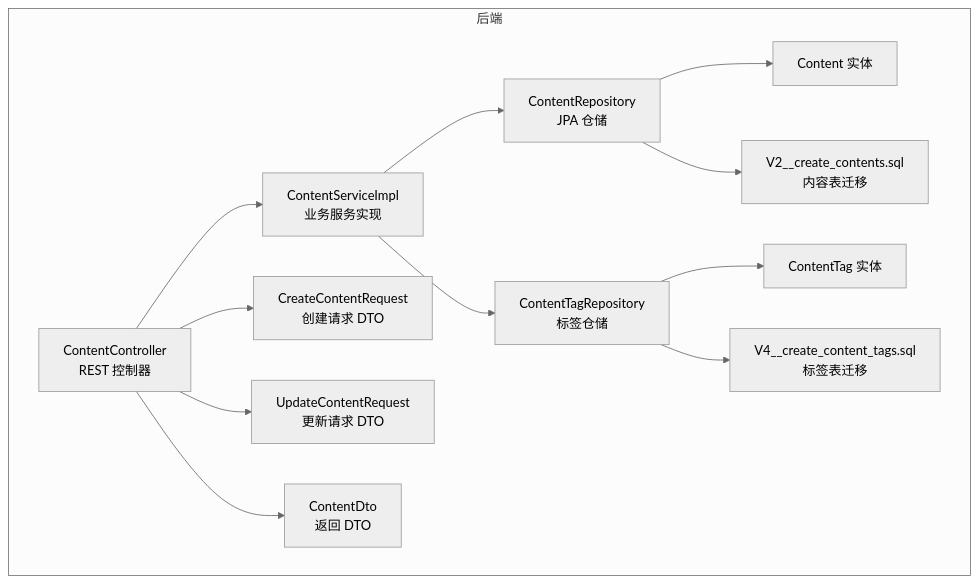
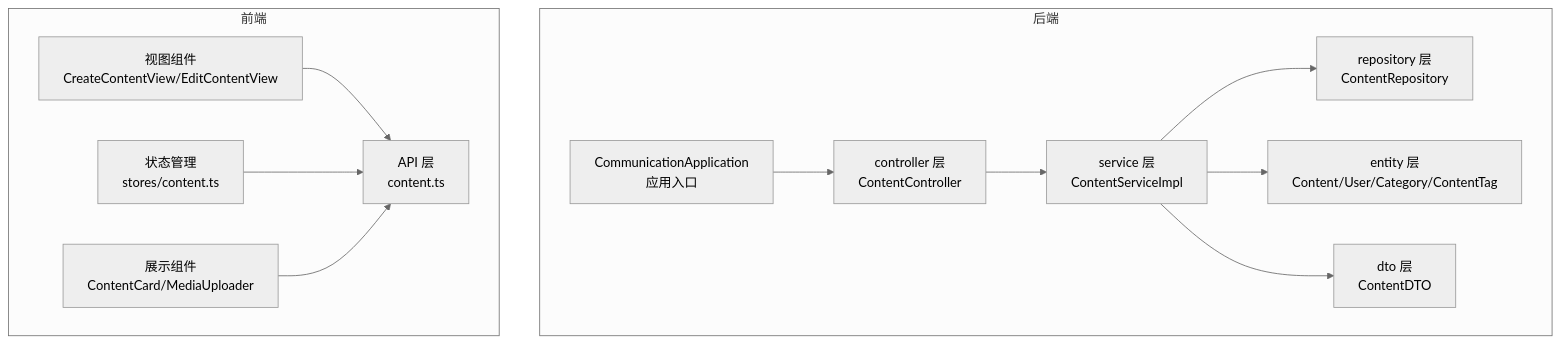
One commit to koala-xiong/communication-qoder changed the first of 11 diagrams in .qoder/repowiki/zh/content/内容管理系统/内容管理系统.md. Above: the diagram before and after it, drawn with Mermaid (neutral theme). The commit also changed other lines of this file and 73 other files, not shown here.

````diff
--- a/.qoder/repowiki/zh/content/内容管理系统/内容管理系统.md
+++ b/.qoder/repowiki/zh/content/内容管理系统/内容管理系统.md
@@ -49,26 +43,23 @@
 ```mermaid
 graph TB
 subgraph "后端"
-C["ContentController<br/>REST 控制器"]
-S["ContentServiceImpl<br/>业务服务实现"]
-R["ContentRepository<br/>JPA 仓储"]
-RT["ContentTagRepository<br/>标签仓储"]
-E1["Content 实体"]
-E2["ContentTag 实体"]
-DTO1["CreateContentRequest<br/>创建请求 DTO"]
-DTO2["UpdateContentRequest<br/>更新请求 DTO"]
-DTO3["ContentDto<br/>返回 DTO"]
-MIG1["V2__create_contents.sql<br/>内容表迁移"]
-MIG2["V4__create_content_tags.sql<br/>标签表迁移"]
+A["CommunicationApplication<br/>应用入口"]
+B["controller 层<br/>ContentController"]
+C["service 层<br/>ContentServiceImpl"]
+D["repository 层<br/>ContentRepository"]
+E["entity 层<br/>Content/User/Category/ContentTag"]
+F["dto 层<br/>ContentDTO"]
 end
-C --> S
-S --> R
-S --> RT
-R --> E1
-RT --> E2
-C --> DTO1
-C --> DTO2
-C --> DTO3
-R --> MIG1
-RT --> MIG2
+subgraph "前端"
+G["API 层<br/>content.ts"]
+H["状态管理<br/>stores/content.ts"]
+I["视图组件<br/>CreateContentView/EditContentView"]
+J["展示组件<br/>ContentCard/MediaUploader"]
+end
+A --> B --> C --> D
+C --> E
+C --> F
+I --> G
+H --> G
+J --> G
 ```
````
